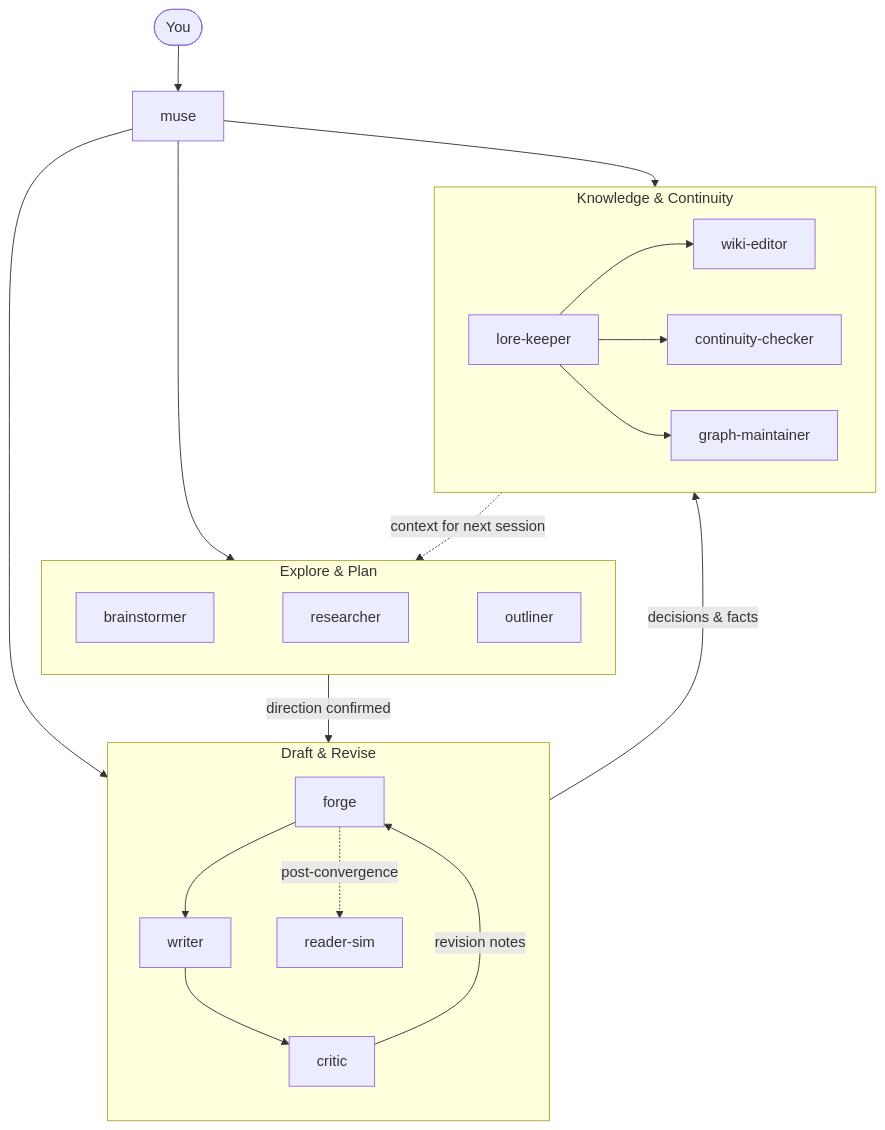
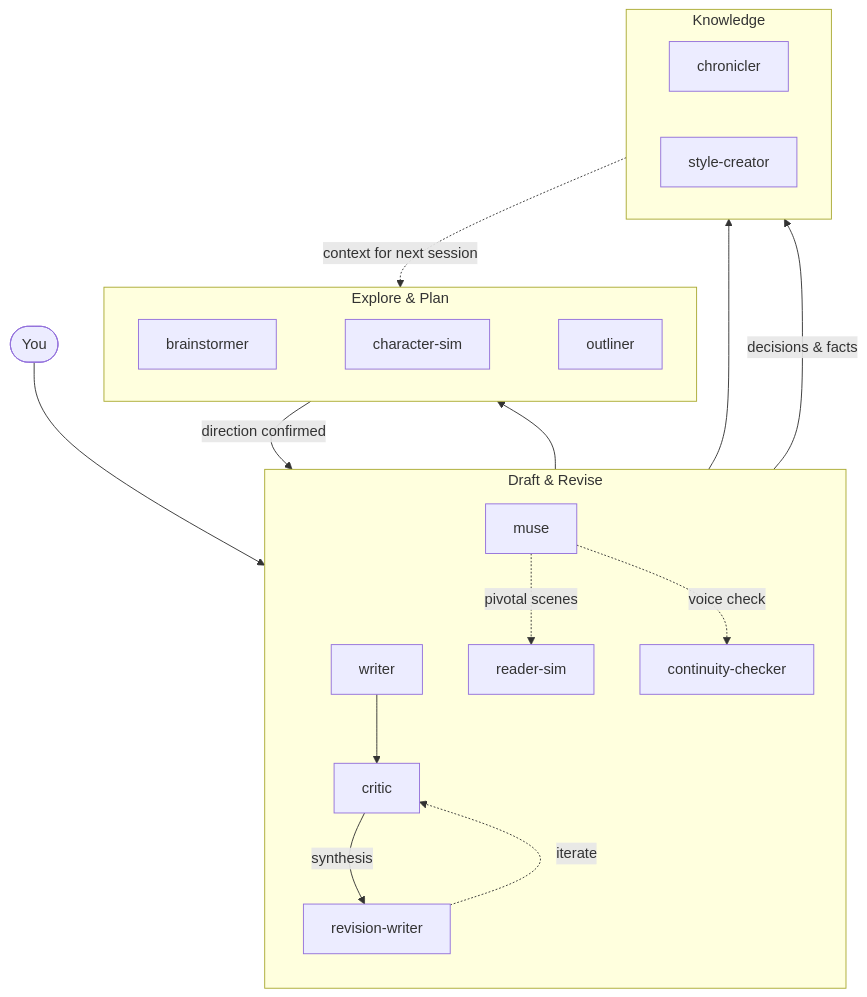
Before and after one commit to haowjy/creative-writing-skills: the diagram in README.md, drawn with Mermaid. The commit also changed other lines of this file and 60 other files, not shown here.

First line of the commit message:
Claude Code plugin, architecture fixes, and installation docs

````diff
--- a/README.md
+++ b/README.md
@@ -30,35 +60,33 @@
 ```mermaid
 flowchart TB
     You([You]) --> M[muse]
 
     M --> Explore
-    M --> Write
+    M --> Draft
     M --> Maintain
 
     subgraph Explore ["Explore & Plan"]
         direction LR
-        B[brainstormer] ~~~ R[researcher]
-        R ~~~ O[outliner]
+        B[brainstormer] ~~~ CS[character-sim]
+        CS ~~~ O[outliner]
     end
 
-    subgraph Write ["Draft & Revise"]
+    subgraph Draft ["Draft & Revise"]
         direction TB
-        F[forge]
-        F --> W[writer]
-        W --> C[critic]
-        C -->|revision notes| F
-        F -.->|post-convergence| RS[reader-sim]
+        W[writer] --> CR[critic]
+        CR -->|synthesis| RW[revision-writer]
+        RW -.->|iterate| CR
+        M -.->|pivotal scenes| RS[reader-sim]
+        M -.->|voice check| CC[continuity-checker]
     end
 
-    subgraph Maintain ["Knowledge & Continuity"]
+    subgraph Maintain ["Knowledge"]
         direction LR
-        LK[lore-keeper]
-        LK --> WE[wiki-editor]
-        LK --> CC[continuity-checker]
-        LK --> GM[graph-maintainer]
+        CH[chronicler]
+        SC[style-creator]
     end
 
-    Write -->|decisions & facts| Maintain
-    Explore -->|direction confirmed| Write
+    Explore -->|direction confirmed| Draft
+    Draft -->|decisions & facts| Maintain
     Maintain -.->|context for next session| Explore
 ```
````
